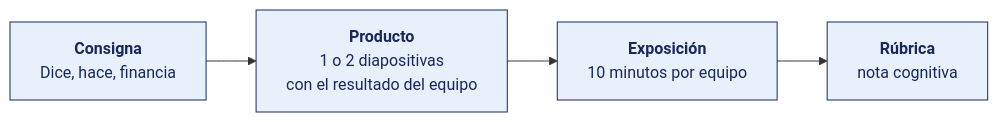
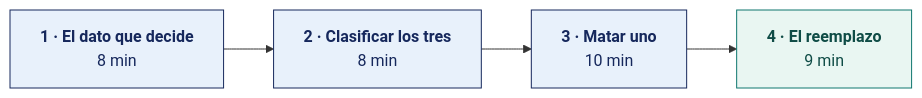
The diagram in SEMANA-03/2-DINAMICA.md (OscarJimenezFlores/PETI), drawn with Mermaid before and after one commit. The commit also changed other lines of this file and 5 other files, not shown here.

````diff
--- a/SEMANA-03/2-DINAMICA.md
+++ b/SEMANA-03/2-DINAMICA.md
@@ -13,10 +27,12 @@
 ```mermaid
 flowchart LR
-    C["<b>Consigna</b><br/>Dice, hace, financia"]
-    P["<b>Producto</b><br/>1 o 2 diapositivas<br/>con el resultado del equipo"]
-    E["<b>Exposición</b><br/>10 minutos por equipo"]
-    R["<b>Rúbrica</b><br/>nota cognitiva"]
-    C --> P --> E --> R
+    P1["<b>1 · El dato que decide</b><br/>8 min"]
+    P2["<b>2 · Clasificar los tres</b><br/>8 min"]
+    P3["<b>3 · Matar uno</b><br/>10 min"]
+    P4["<b>4 · El reemplazo</b><br/>9 min"]
+    P1 --> P2 --> P3 --> P4
     classDef d fill:#E8F1FB,stroke:#16285C,stroke-width:1px,color:#16285C;
-    class C,P,E,R d;
+    classDef f fill:#E9F6F2,stroke:#0F766E,stroke-width:1px,color:#0F4C46;
+    class P1,P2,P3 d;
+    class P4 f;
 ```
````
